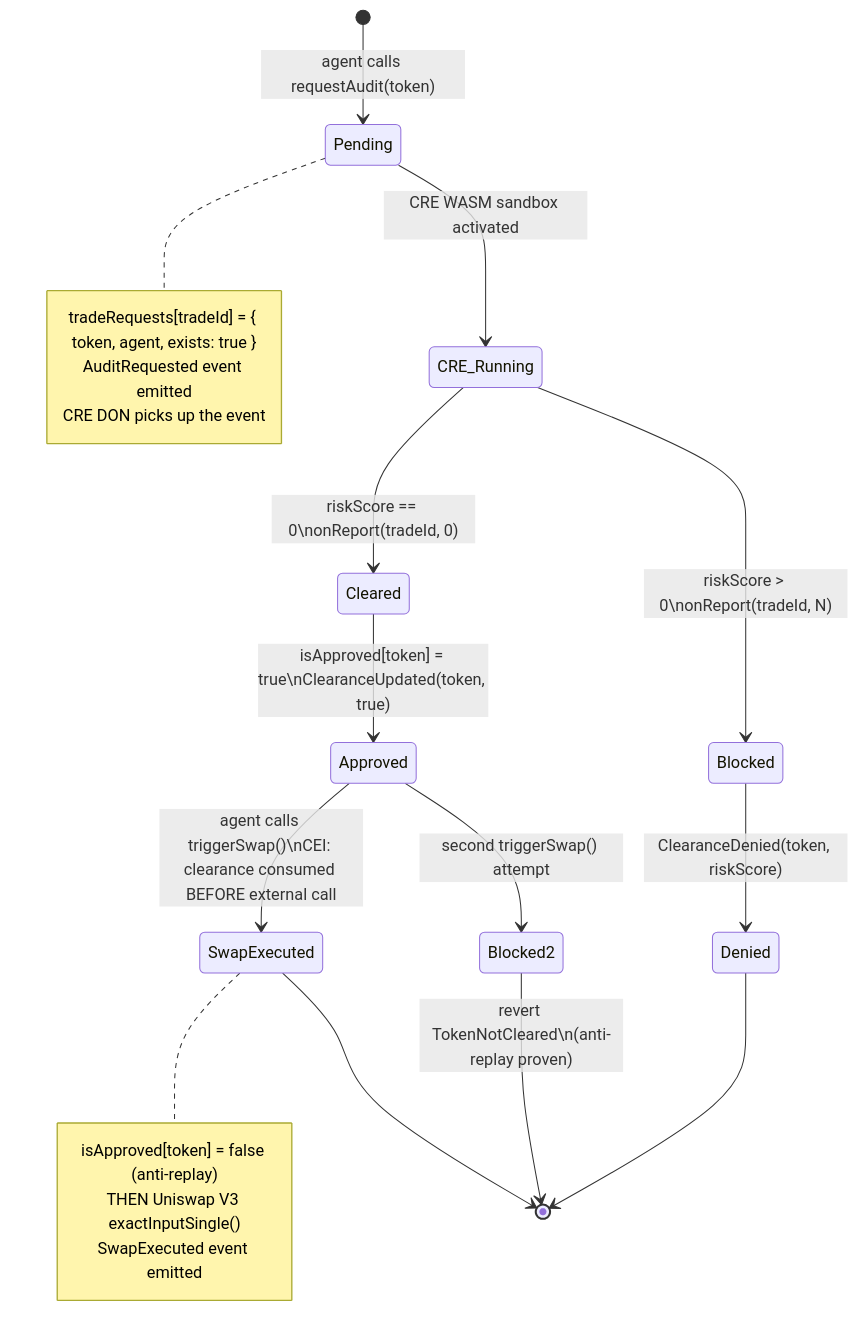
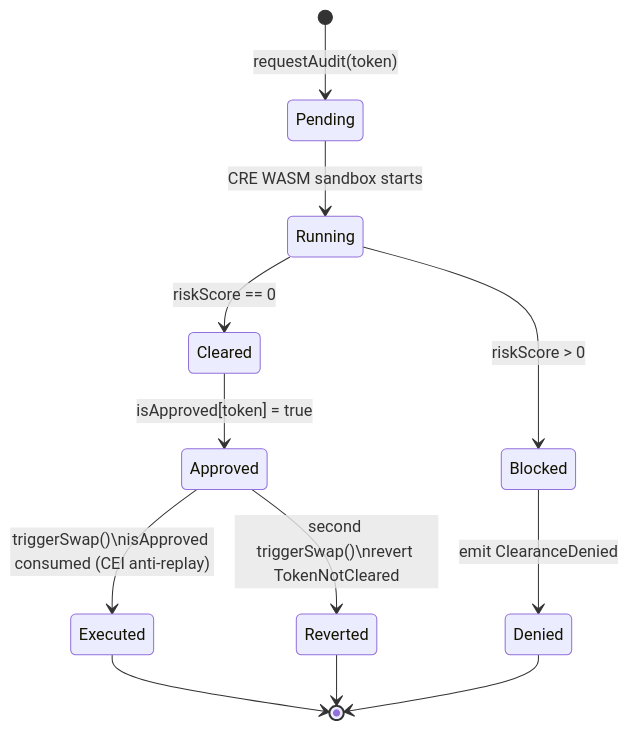
The fourth of 12 diagrams in docs/ARCHITECTURE.md (vjb/aegis-v5), drawn with Mermaid before and after one commit. The commit also changed other lines of this file, not shown here.

Commit message:
docs: clean up all architecture diagrams, remove bad colors

````diff
--- a/docs/ARCHITECTURE.md
+++ b/docs/ARCHITECTURE.md
@@ -136,30 +96,14 @@
 ```mermaid
 stateDiagram-v2
-    [*] --> Pending : agent calls requestAudit(token)
-    note right of Pending
-        tradeRequests[tradeId] = { token, agent, exists: true }
-        AuditRequested event emitted
-        CRE DON picks up the event
-    end note
-
-    Pending --> CRE_Running : CRE WASM sandbox activated
-
-    CRE_Running --> Cleared : riskScore == 0\nonReport(tradeId, 0)
-    CRE_Running --> Blocked : riskScore > 0\nonReport(tradeId, N)
-
-    Cleared --> Approved : isApproved[token] = true\nClearanceUpdated(token, true)
-    Blocked --> Denied : ClearanceDenied(token, riskScore)
-
-    Approved --> SwapExecuted : agent calls triggerSwap()\nCEI: clearance consumed BEFORE external call
-    note right of SwapExecuted
-        isApproved[token] = false (anti-replay)
-        THEN Uniswap V3 exactInputSingle()
-        SwapExecuted event emitted
-    end note
-
-    SwapExecuted --> [*]
+    [*] --> Pending : requestAudit(token)
+    Pending --> Running : CRE WASM sandbox starts
+    Running --> Cleared : riskScore == 0
+    Running --> Blocked : riskScore > 0
+    Cleared --> Approved : isApproved[token] = true
+    Blocked --> Denied : emit ClearanceDenied
+    Approved --> Executed : triggerSwap()\nisApproved consumed (CEI anti-replay)
+    Approved --> Reverted : second triggerSwap()\nrevert TokenNotCleared
+    Executed --> [*]
     Denied --> [*]
-
-    Approved --> Blocked2 : second triggerSwap() attempt
-    Blocked2 --> [*] : revert TokenNotCleared\n(anti-replay proven)
+    Reverted --> [*]
 ```
````
